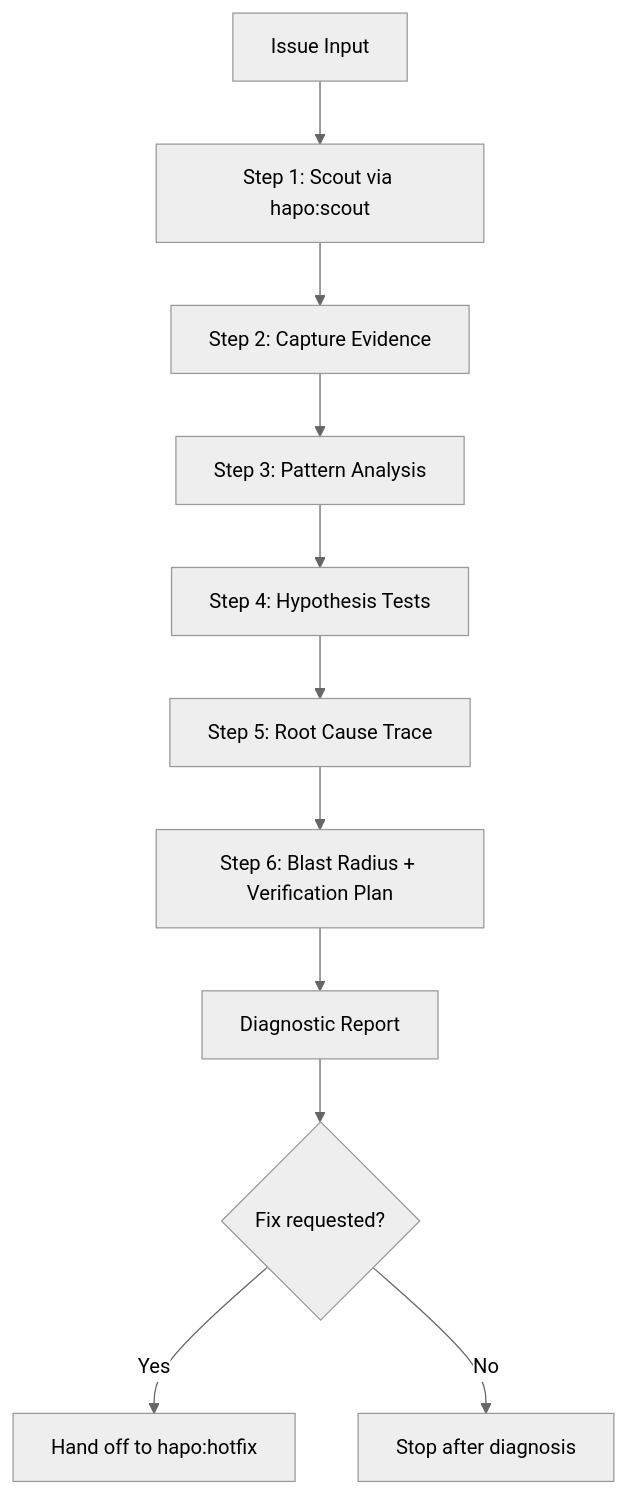
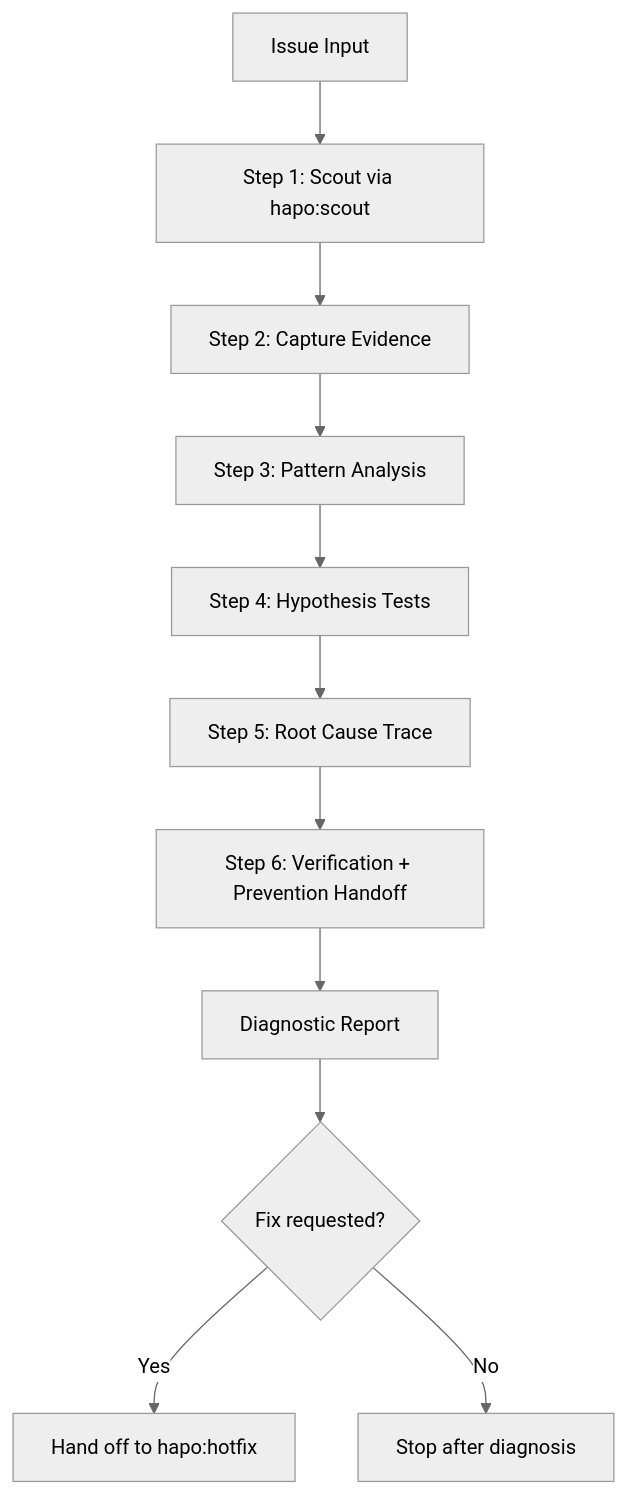
Before and after one commit to hapo-nghialuu/antigravity-kit: the diagram in packages/spec/src/claude/skills/debug/SKILL.md, drawn with Mermaid (neutral theme). The commit also changed other lines of this file and 15 other files, not shown here.

````diff
--- a/packages/spec/src/claude/skills/debug/SKILL.md
+++ b/packages/spec/src/claude/skills/debug/SKILL.md
@@ -60,13 +67,13 @@
 ```mermaid
 flowchart TD
     A[Issue Input] --> B[Step 1: Scout via hapo:scout]
     B --> C[Step 2: Capture Evidence]
     C --> D[Step 3: Pattern Analysis]
     D --> E[Step 4: Hypothesis Tests]
     E --> F[Step 5: Root Cause Trace]
-    F --> G[Step 6: Blast Radius + Verification Plan]
+    F --> G[Step 6: Verification + Prevention Handoff]
     G --> H[Diagnostic Report]
     H --> I{Fix requested?}
     I -->|Yes| J[Hand off to hapo:hotfix]
     I -->|No| K[Stop after diagnosis]
 ```
````
